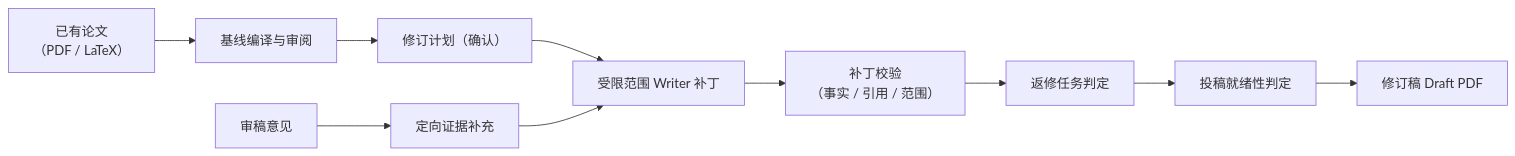
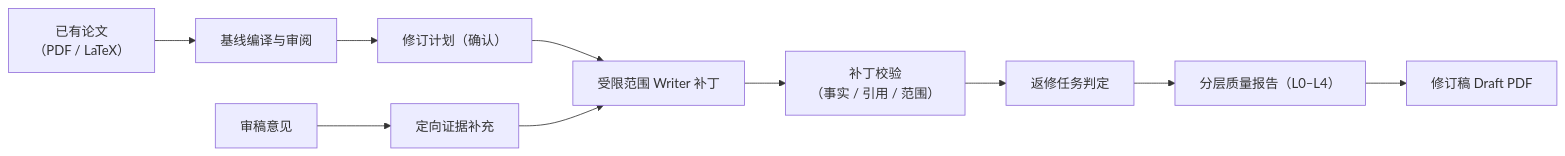
One commit to JiahongXu88/PaperTeam changed the second of 2 diagrams in README.zh-CN.md. Above: the diagram before and after it, drawn with Mermaid. The commit also changed other lines of this file and 24 other files, not shown here.

````diff
--- a/README.zh-CN.md
+++ b/README.zh-CN.md
@@ -167,11 +168,11 @@
 ```mermaid
 flowchart LR
     M["已有论文<br/>（PDF / LaTeX）"] --> B["基线编译与审阅"]
     C["审稿意见"] --> S["定向证据补充"]
     B --> PL["修订计划（确认）"] --> SW["受限范围 Writer 补丁"]
     S --> SW
     SW --> PV["补丁校验<br/>（事实 / 引用 / 范围）"]
     PV --> TG["返修任务判定"]
-    TG --> PR["投稿就绪性判定"]
+    TG --> PR["分层质量报告（L0–L4）"]
     PR --> D["修订稿 Draft PDF"]
 ```
````
